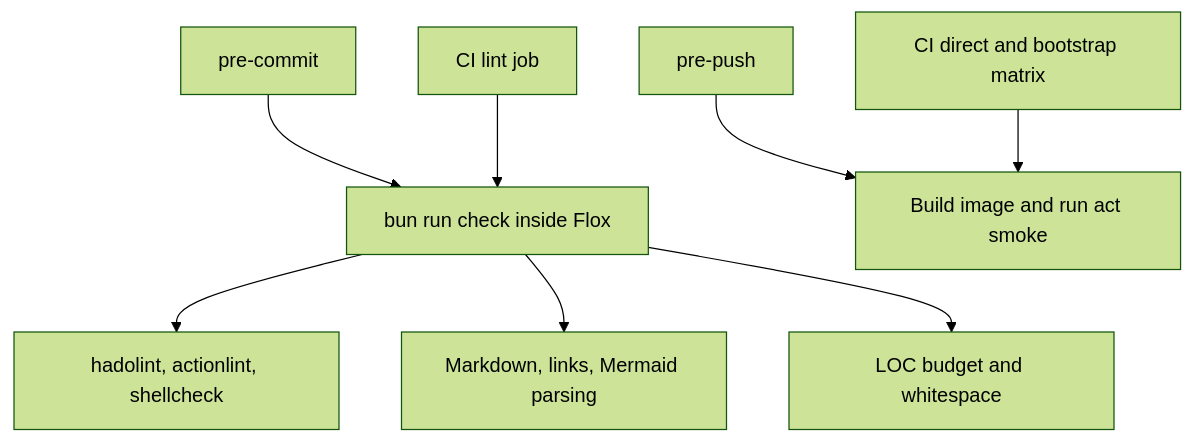
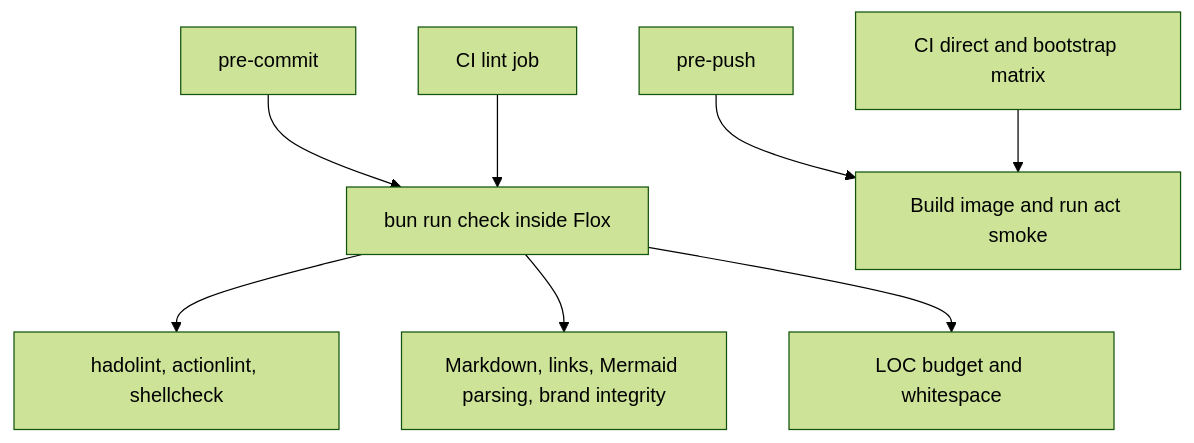
Before and after one commit to smeltery/kiln: the diagram in docs/development.md, drawn with Mermaid (forest theme). The commit also changed other lines of this file and 70 other files, not shown here.

````diff
--- a/docs/development.md
+++ b/docs/development.md
@@ -25,10 +25,10 @@
 ```mermaid
 flowchart TD
     Commit[pre-commit] --> Check[bun run check inside Flox]
     CI[CI lint job] --> Check
     Check --> Native[hadolint, actionlint, shellcheck]
-    Check --> Docs[Markdown, links, Mermaid parsing]
+    Check --> Docs[Markdown, links, Mermaid parsing, brand integrity]
     Check --> Budget[LOC budget and whitespace]
     Push[pre-push] --> Build[Build image and run act smoke]
     Matrix[CI direct and bootstrap matrix] --> Build
 ```
````
